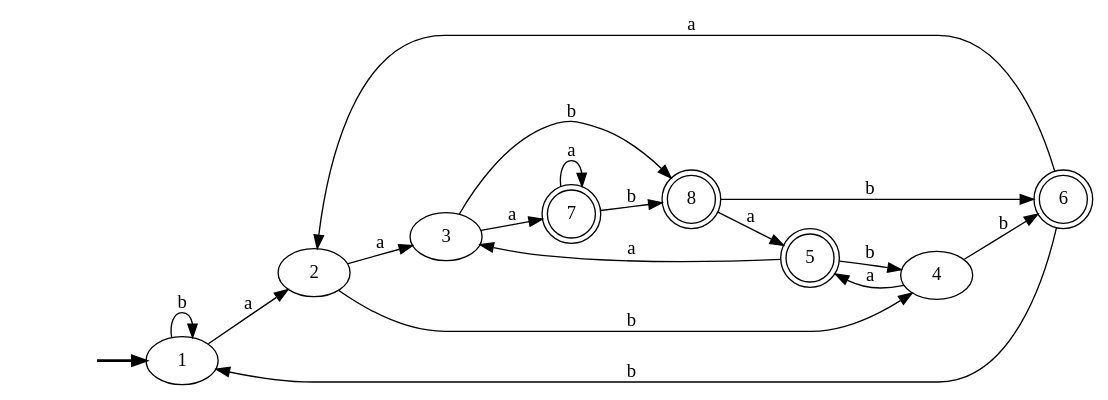
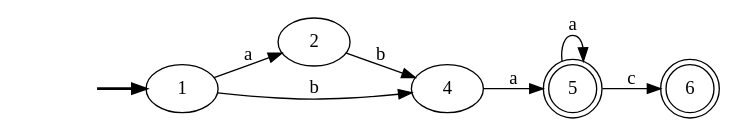
Before and after one commit to bar20807/CompiladorProyect: the diagram in Pre-laboratorio B/AFD_DIRECT#5PreLabB.gv, drawn with Graphviz. The commit also changed 9 other files, not shown here.

```diff
--- a/Pre-laboratorio B/AFD_DIRECT#5PreLabB.gv
+++ b/Pre-laboratorio B/AFD_DIRECT#5PreLabB.gv
@@ -1,36 +1,20 @@
 digraph "AFD_DIRECT#5PreLabB" {
 	graph [rankdir=LR]
 	fake [style=invisible]
 	fake -> 1 [style=bold]
 	1 [root=true]
 	2
 	1 -> 2 [label=a]
-	1 -> 1 [label=b]
+	4
+	1 -> 4 [label=b]
 	2
-	3
-	2 -> 3 [label=a]
-	4
 	2 -> 4 [label=b]
-	3
-	7 [shape=doublecircle]
-	3 -> 7 [label=a]
-	8 [shape=doublecircle]
-	3 -> 8 [label=b]
 	4
 	5 [shape=doublecircle]
 	4 -> 5 [label=a]
+	5 [shape=doublecircle]
+	5 -> 5 [label=a]
 	6 [shape=doublecircle]
-	4 -> 6 [label=b]
-	7 [shape=doublecircle]
-	7 -> 7 [label=a]
-	7 -> 8 [label=b]
-	8 [shape=doublecircle]
-	8 -> 5 [label=a]
-	8 -> 6 [label=b]
-	5 [shape=doublecircle]
-	5 -> 3 [label=a]
-	5 -> 4 [label=b]
+	5 -> 6 [label=c]
 	6 [shape=doublecircle]
-	6 -> 2 [label=a]
-	6 -> 1 [label=b]
 }
```
